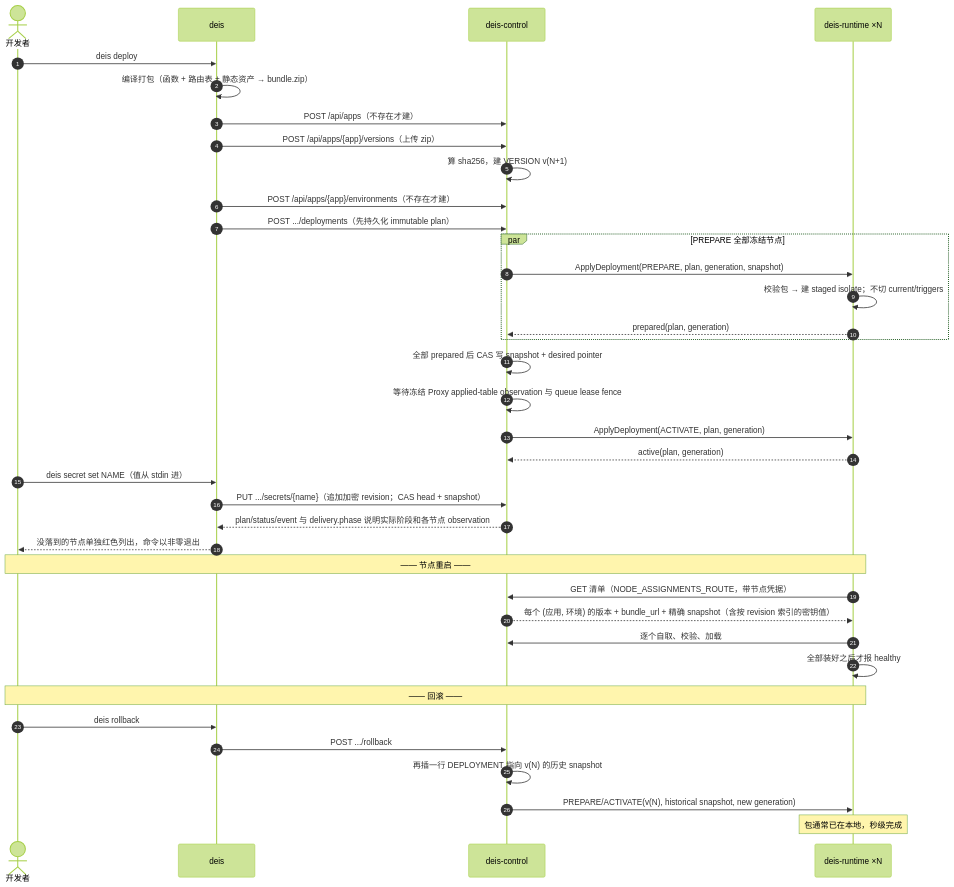
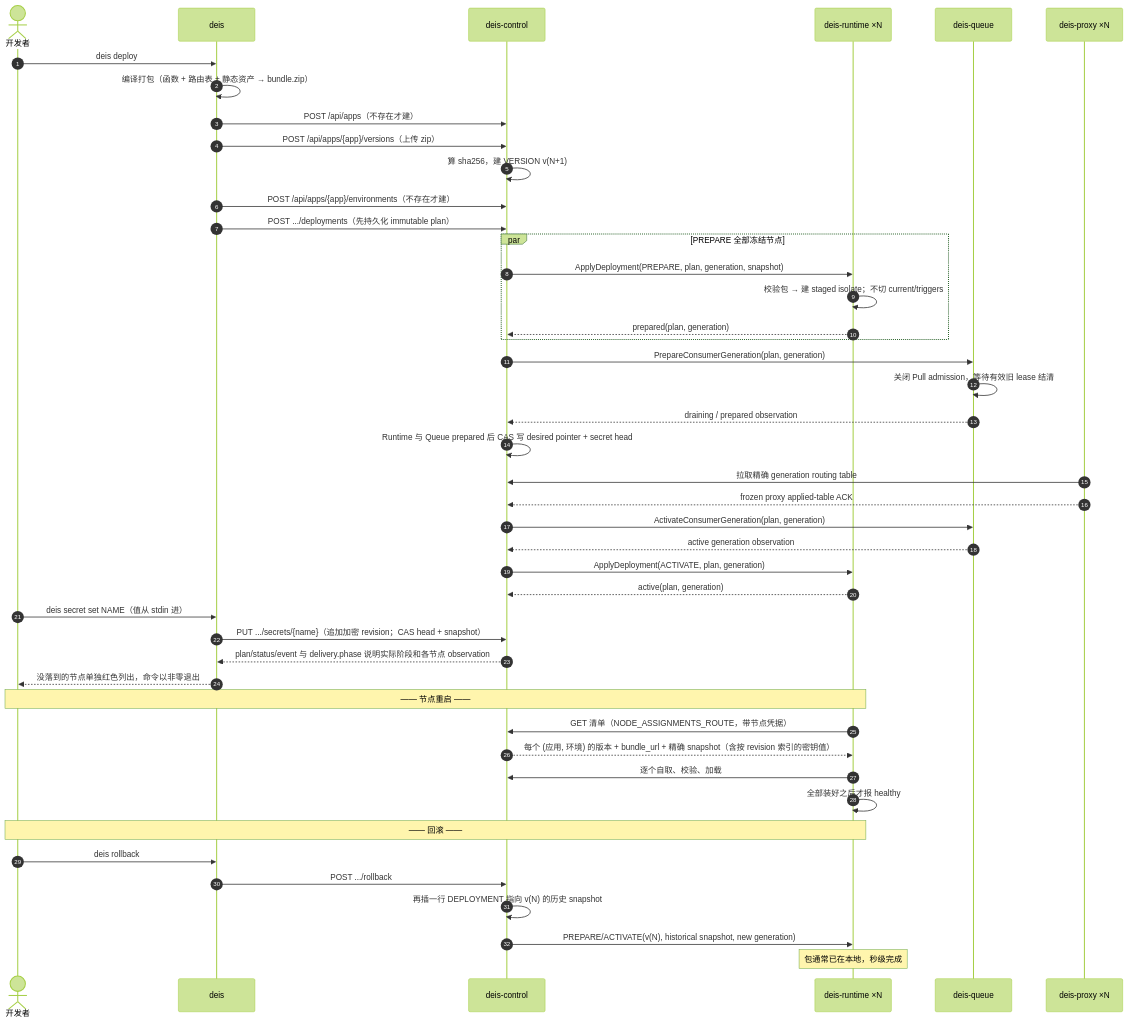
Before and after one commit to deislet/deislet: the third of 6 diagrams in docs/architecture.zh.md, drawn with Mermaid (forest theme). The commit also changed other lines of this file and 65 other files, not shown here.

````diff
--- a/docs/architecture.zh.md
+++ b/docs/architecture.zh.md
@@ -235,43 +235,51 @@
 ```mermaid
 sequenceDiagram
     autonumber
     actor Dev as 开发者
     participant CLI as deis
     participant R as deis-control
     participant X as deis-runtime ×N
+    participant Q as deis-queue
+    participant P as deis-proxy ×N
 
     Dev->>CLI: deis deploy
     CLI->>CLI: 编译打包（函数 + 路由表 + 静态资产 → bundle.zip）
     CLI->>R: POST /api/apps（不存在才建）
     CLI->>R: POST /api/apps/{app}/versions（上传 zip）
     R->>R: 算 sha256，建 VERSION v(N+1)
     CLI->>R: POST /api/apps/{app}/environments（不存在才建）
     CLI->>R: POST .../deployments（先持久化 immutable plan）
     par PREPARE 全部冻结节点
         R->>X: ApplyDeployment(PREPARE, plan, generation, snapshot)
         X->>X: 校验包 → 建 staged isolate；不切 current/triggers
         X-->>R: prepared(plan, generation)
     end
-    R->>R: 全部 prepared 后 CAS 写 snapshot + desired pointer
-    R->>R: 等待冻结 Proxy applied-table observation 与 queue lease fence
+    R->>Q: PrepareConsumerGeneration(plan, generation)
+    Q->>Q: 关闭 Pull admission，等待有效旧 lease 结清
+    Q-->>R: draining / prepared observation
+    R->>R: Runtime 与 Queue prepared 后 CAS 写 desired pointer + secret head
+    P->>R: 拉取精确 generation routing table
+    P-->>R: frozen proxy applied-table ACK
+    R->>Q: ActivateConsumerGeneration(plan, generation)
+    Q-->>R: active generation observation
     R->>X: ApplyDeployment(ACTIVATE, plan, generation)
     X-->>R: active(plan, generation)
     Dev->>CLI: deis secret set NAME（值从 stdin 进）
     CLI->>R: PUT .../secrets/{name}（追加加密 revision；CAS head + snapshot）
 
     R-->>CLI: plan/status/event 与 delivery.phase 说明实际阶段和各节点 observation
     CLI-->>Dev: 没落到的节点单独红色列出，命令以非零退出
 
     Note over Dev,X: —— 节点重启 ——
     X->>R: GET 清单（NODE_ASSIGNMENTS_ROUTE，带节点凭据）
     R-->>X: 每个 (应用, 环境) 的版本 + bundle_url + 精确 snapshot（含按 revision 索引的密钥值）
     X->>R: 逐个自取、校验、加载
     X->>X: 全部装好之后才报 healthy
 
     Note over Dev,X: —— 回滚 ——
     Dev->>CLI: deis rollback
     CLI->>R: POST .../rollback
     R->>R: 再插一行 DEPLOYMENT 指向 v(N) 的历史 snapshot
     R->>X: PREPARE/ACTIVATE(v(N), historical snapshot, new generation)
     Note over X: 包通常已在本地，秒级完成
 ```
````
